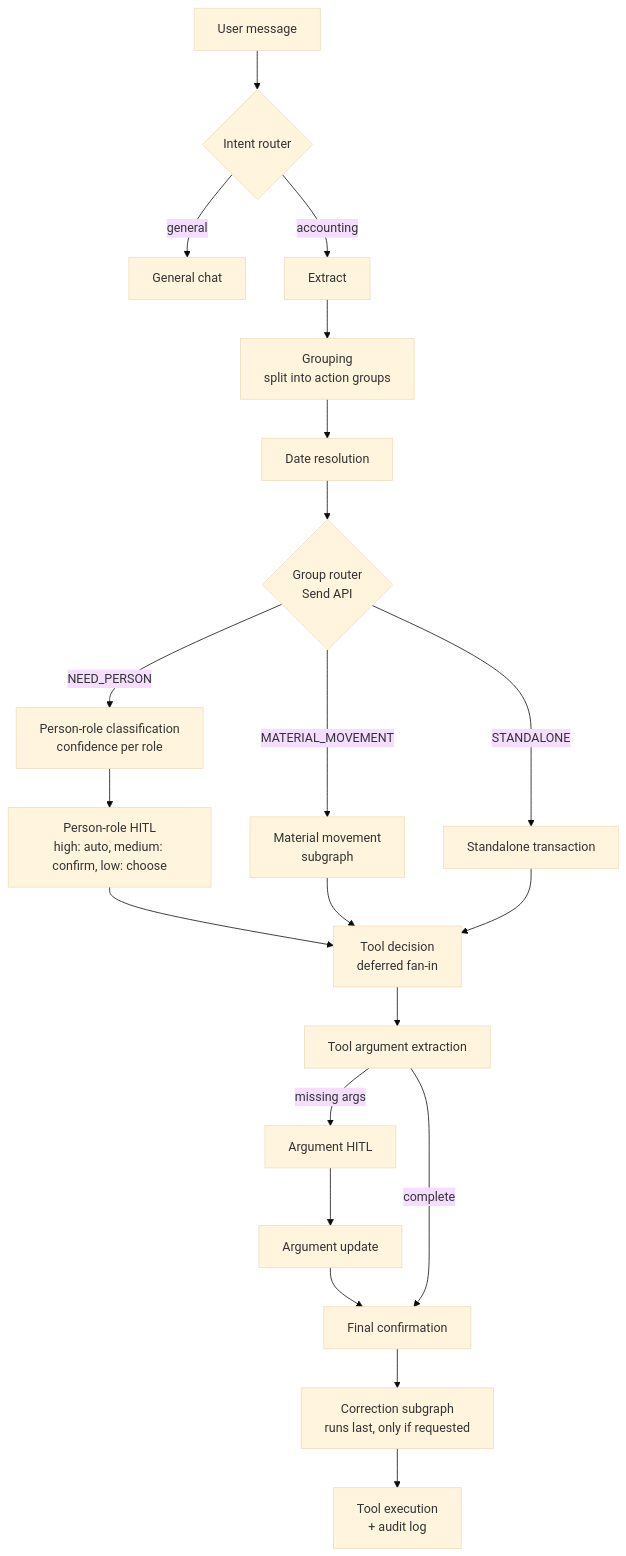
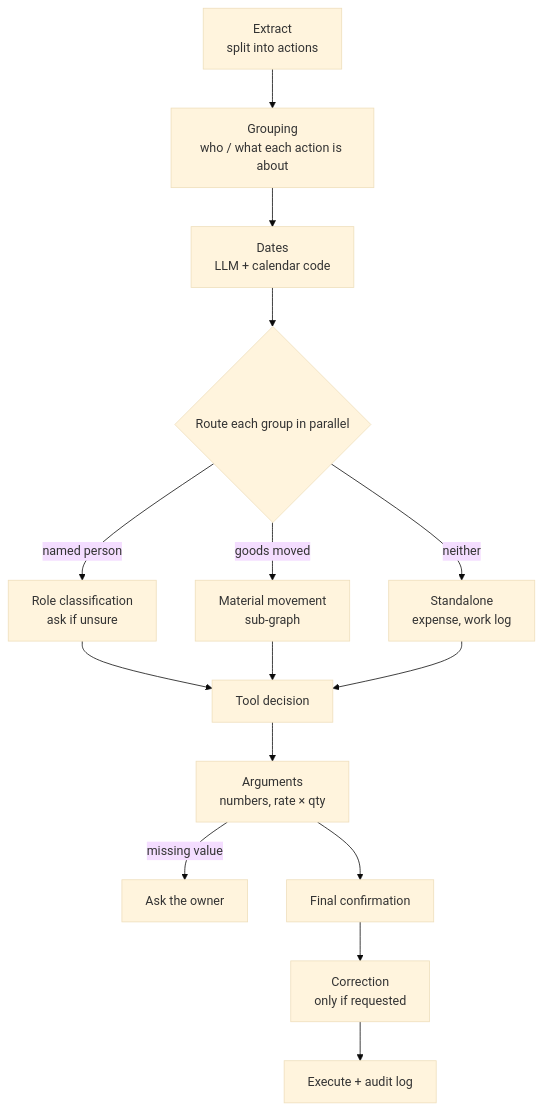
The second of 2 diagrams in README.md (sahilvermahr16-cmyk/hisab-kitab-ai), drawn with Mermaid (base theme) before and after one commit. The commit also changed other lines of this file, not shown here.

````diff
--- a/README.md
+++ b/README.md
@@ -24,23 +55,17 @@
 ```mermaid
 flowchart TD
-    A[User message] --> IR{Intent router}
-    IR -->|general| GC[General chat]
-    IR -->|accounting| E[Extract]
-    E --> G[Grouping<br/>split into action groups]
-    G --> D[Date resolution]
-    D --> R{Group router<br/>Send API}
-
-    R -->|NEED_PERSON| PC[Person-role classification<br/>confidence per role]
-    PC --> PH[Person-role HITL<br/>high: auto, medium: confirm, low: choose]
-    R -->|MATERIAL_MOVEMENT| MM[Material movement<br/>subgraph]
-    R -->|STANDALONE| ST[Standalone transaction]
-
-    PH --> T[Tool decision<br/>deferred fan-in]
+    E[Extract<br/>split into actions] --> G[Grouping<br/>who / what each action is about]
+    G --> D[Dates<br/>LLM + calendar code]
+    D --> S{Route each group in parallel}
+    S -->|named person| NP[Role classification<br/>ask if unsure]
+    S -->|goods moved| MM[Material movement<br/>sub-graph]
+    S -->|neither| ST[Standalone<br/>expense, work log]
+    NP --> T[Tool decision]
     MM --> T
     ST --> T
-    T --> X[Tool argument extraction]
-    X -->|missing args| H[Argument HITL] --> U[Argument update] --> F
-    X -->|complete| F[Final confirmation]
-    F --> C[Correction subgraph<br/>runs last, only if requested]
-    C --> EX[Tool execution<br/>+ audit log]
+    T --> X[Arguments<br/>numbers, rate × qty]
+    X -->|missing value| Q[Ask the owner]
+    X --> F[Final confirmation]
+    F --> CR[Correction<br/>only if requested]
+    CR --> EX[Execute + audit log]
 ```
````
